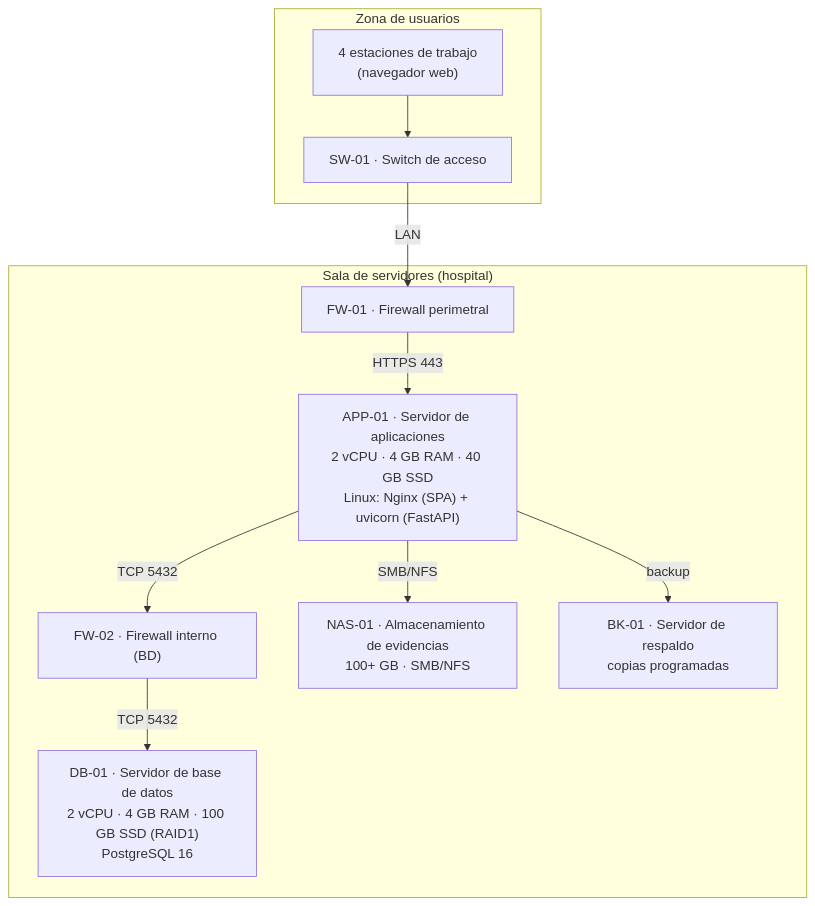
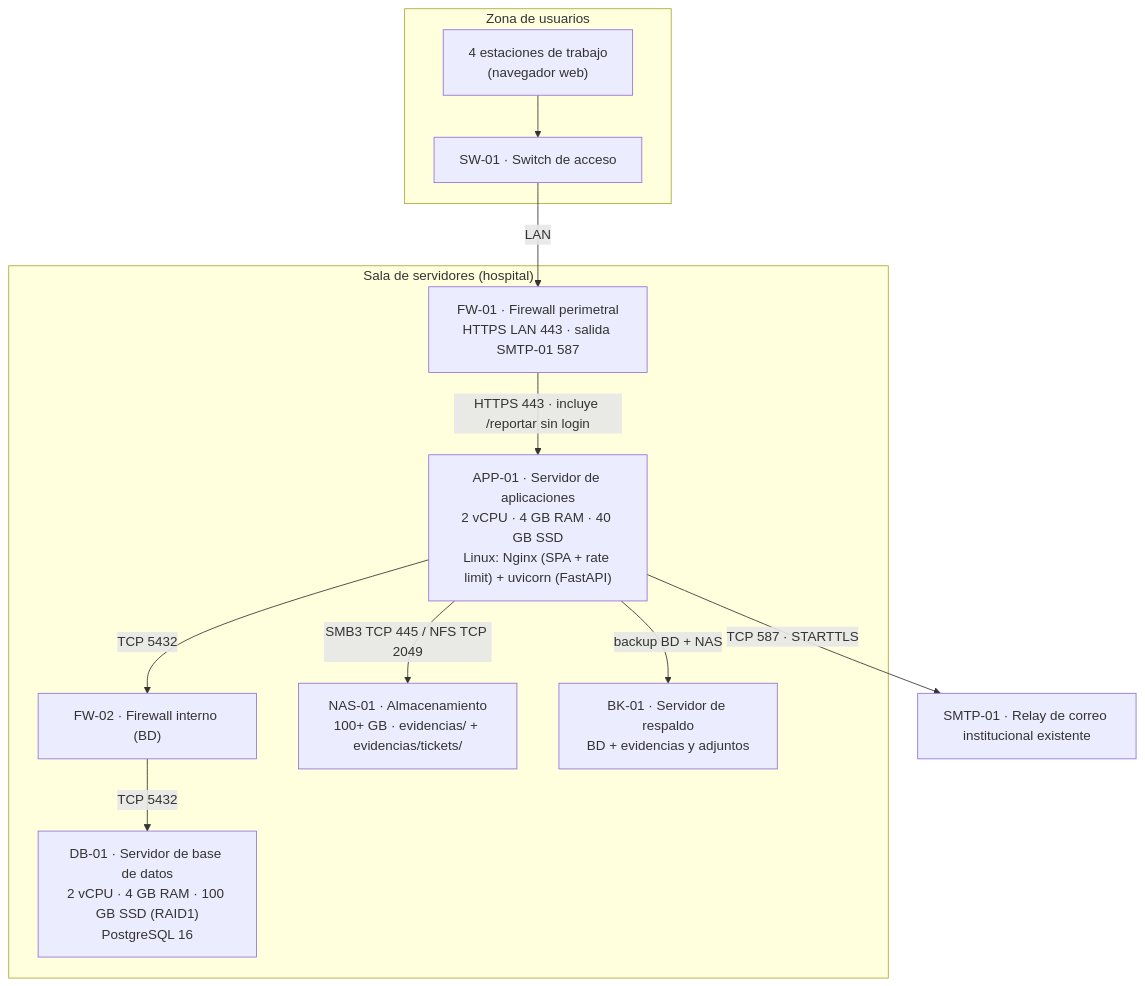
Before and after one commit to pbahamondez-inacap/proyectotitulo-inacap-Pbahamondez: the diagram in Documentacion/Entregas/U2-Desarrollo_e_Implementacion/07_infraestructura.md, drawn with Mermaid. The commit also changed other lines of this file and 85 other files, not shown here.

````diff
--- a/Documentacion/Entregas/U2-Desarrollo_e_Implementacion/07_infraestructura.md
+++ b/Documentacion/Entregas/U2-Desarrollo_e_Implementacion/07_infraestructura.md
@@ -34,24 +34,27 @@
 ```mermaid
 flowchart TB
     subgraph SALA["Sala de servidores (hospital)"]
-        FW1["FW-01 · Firewall perimetral"]
-        APP["APP-01 · Servidor de aplicaciones<br>2 vCPU · 4 GB RAM · 40 GB SSD<br>Linux: Nginx (SPA) + uvicorn (FastAPI)"]
+        FW1["FW-01 · Firewall perimetral<br>HTTPS LAN 443 · salida SMTP-01 587"]
+        APP["APP-01 · Servidor de aplicaciones<br>2 vCPU · 4 GB RAM · 40 GB SSD<br>Linux: Nginx (SPA + rate limit) + uvicorn (FastAPI)"]
         FW2["FW-02 · Firewall interno (BD)"]
         DB["DB-01 · Servidor de base de datos<br>2 vCPU · 4 GB RAM · 100 GB SSD (RAID1)<br>PostgreSQL 16"]
-        NAS["NAS-01 · Almacenamiento de evidencias<br>100+ GB · SMB/NFS"]
-        BK["BK-01 · Servidor de respaldo<br>copias programadas"]
+        NAS["NAS-01 · Almacenamiento<br>100+ GB · evidencias/ + evidencias/tickets/"]
+        BK["BK-01 · Servidor de respaldo<br>BD + evidencias y adjuntos"]
     end
 
     subgraph USR["Zona de usuarios"]
         SW["SW-01 · Switch de acceso"]
         PC["4 estaciones de trabajo<br>(navegador web)"]
     end
 
+    MAIL["SMTP-01 · Relay de correo institucional existente"]
+
     PC --> SW
     SW -->|"LAN"| FW1
-    FW1 -->|"HTTPS 443"| APP
+    FW1 -->|"HTTPS 443 · incluye /reportar sin login"| APP
     APP -->|"TCP 5432"| FW2
     FW2 -->|"TCP 5432"| DB
-    APP -->|"SMB/NFS"| NAS
-    APP -->|"backup"| BK
+    APP -->|"SMB3 TCP 445 / NFS TCP 2049"| NAS
+    APP -->|"backup BD + NAS"| BK
+    APP -->|"TCP 587 · STARTTLS"| MAIL
 ```
````
